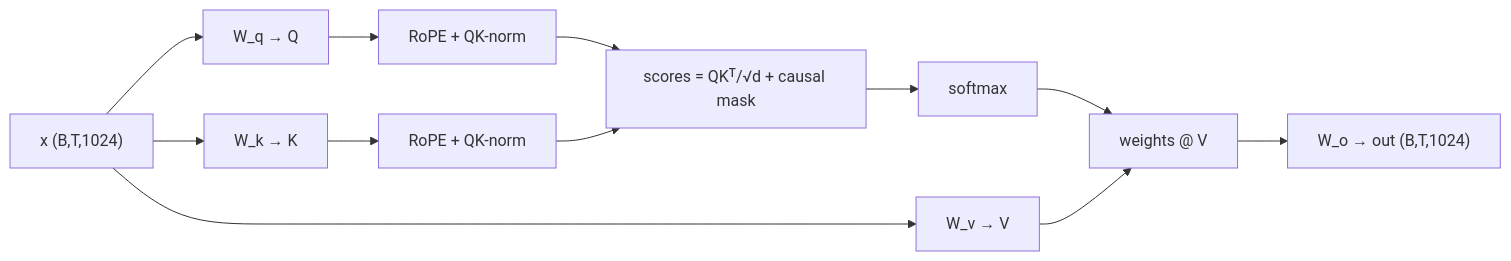
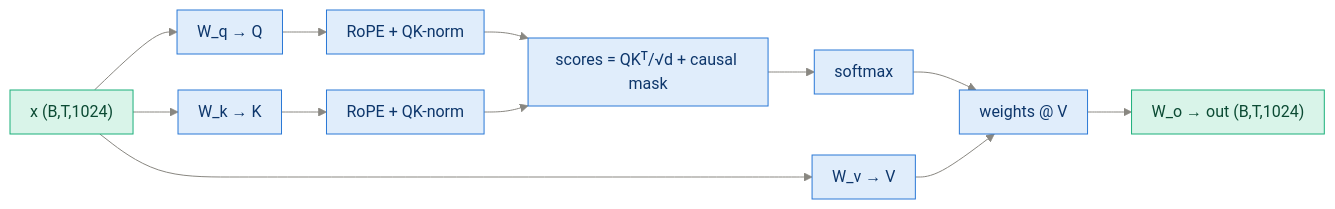
The second of 3 diagrams in study_guide/appendix_qwen3_architecture.md (sudhanshu-shivam-dev/reasoning_model_from_scratch), drawn with Mermaid before and after one commit. The commit also changed other lines of this file and 14 other files, not shown here.

First line of the commit message:
Restyle all 54 diagrams: consistent palette, semantic colors, better spacing

````diff
--- a/study_guide/appendix_qwen3_architecture.md
+++ b/study_guide/appendix_qwen3_architecture.md
@@ -110,11 +113,14 @@
 ```mermaid
+%%{init: {"theme":"base","themeVariables":{"primaryColor":"#e0edfb","primaryTextColor":"#0d366b","primaryBorderColor":"#2a78d6","lineColor":"#898781","textColor":"#52514e","edgeLabelBackground":"#f0efec","clusterBkg":"rgba(137,135,129,0.07)","clusterBorder":"#a9a7a0","titleColor":"#898781"},"flowchart":{"nodeSpacing":36,"rankSpacing":44,"curve":"basis","padding":10}}}%%
 flowchart LR
     X["x (B,T,1024)"] --> QP["W_q → Q"] & KP["W_k → K"] & VP["W_v → V"]
     QP --> RQ["RoPE + QK-norm"]
     KP --> RK["RoPE + QK-norm"]
     RQ & RK --> SC["scores = QKᵀ/√d + causal mask"]
     SC --> SM["softmax"]
     SM --> MIX["weights @ V"]
     VP --> MIX
     MIX --> OP["W_o → out (B,T,1024)"]
+    classDef data fill:#d9f4e9,stroke:#1baf7a,color:#0b4a33
+    class X,OP data
 ```
````
